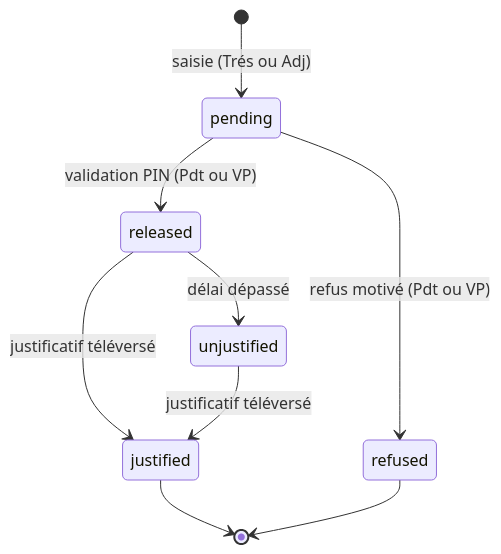
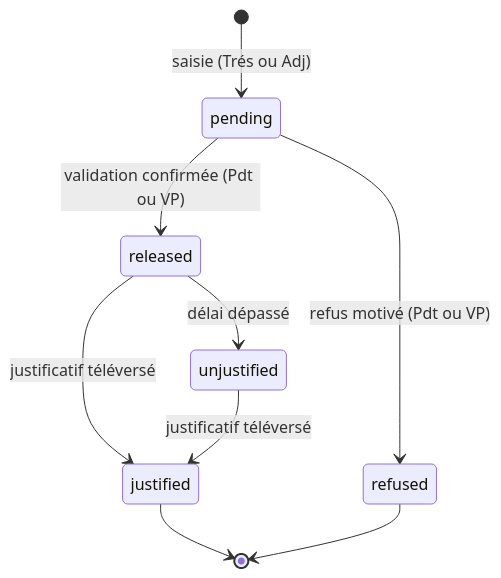
The second of 2 diagrams in docs/lot0/schema-treasury.md (architectejo/vesta), drawn with Mermaid before and after one commit. The commit also changed other lines of this file and 568 other files, not shown here.

````diff
--- a/docs/lot0/schema-treasury.md
+++ b/docs/lot0/schema-treasury.md
@@ -477,11 +490,11 @@
 ```mermaid
 stateDiagram-v2
     [*] --> pending: saisie (Trés ou Adj)
     pending --> refused: refus motivé (Pdt ou VP)
-    pending --> released: validation PIN (Pdt ou VP)
+    pending --> released: validation confirmée (Pdt ou VP)
     released --> justified: justificatif téléversé
     released --> unjustified: délai dépassé
     unjustified --> justified: justificatif téléversé
     justified --> [*]
     refused --> [*]
 ```
````
